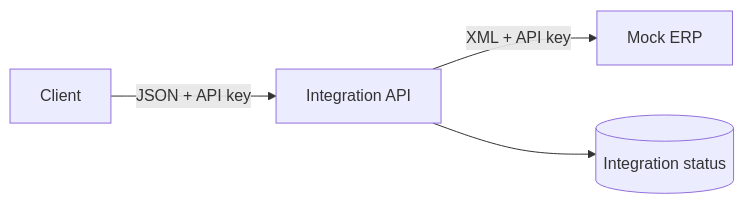
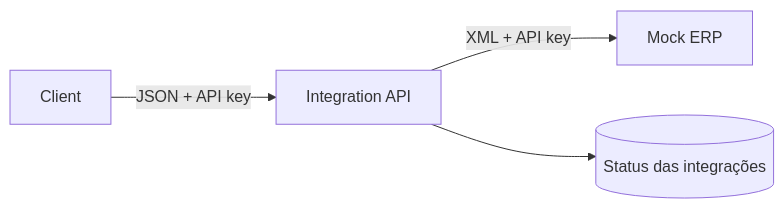
The diagram in README.md (JesPeixoto/integration-lab), drawn with Mermaid before and after one commit. The commit also changed other lines of this file and 11 other files, not shown here.

````diff
--- a/README.md
+++ b/README.md
@@ -13,6 +13,6 @@
 ```mermaid
 flowchart LR
     Client -->|JSON + API key| API[Integration API]
     API -->|XML + API key| ERP[Mock ERP]
-    API --> Store[(Integration status)]
+    API --> Store[(Status das integrações)]
 ```
````
